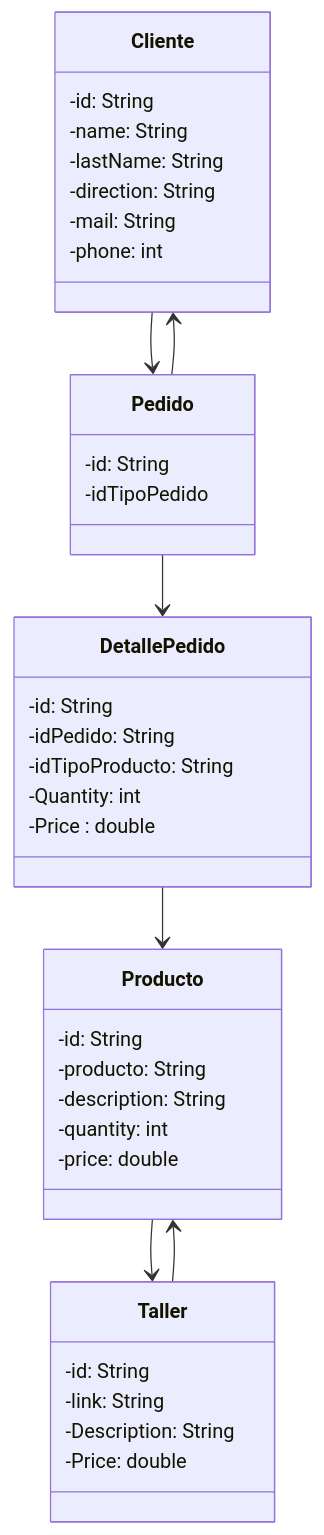
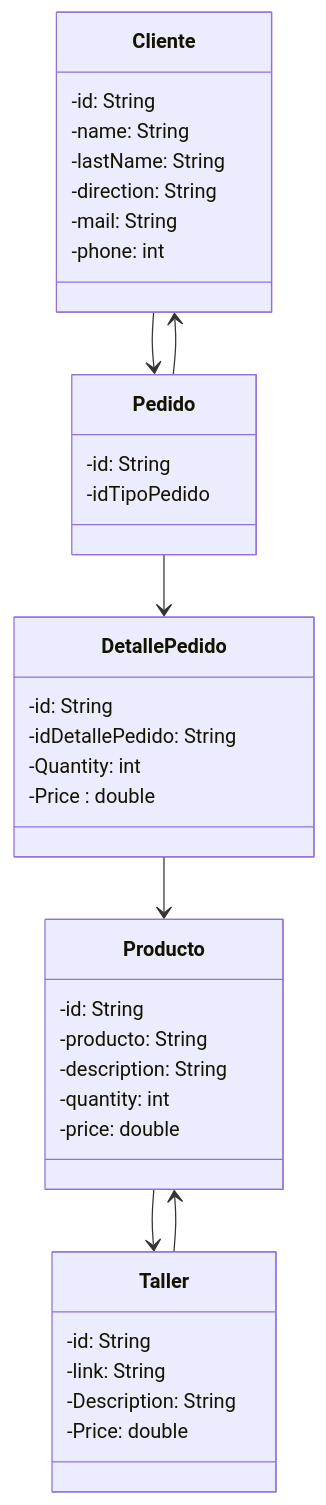
One commit to Mcarolinapc/MichWebStudies changed the diagram in JavaProject.qmd. Above: the diagram before and after it, drawn with Mermaid. The commit also changed 8 other files, not shown here.

````diff
--- a/JavaProject.qmd
+++ b/JavaProject.qmd
@@ -13,52 +13,51 @@
 ```{mermaid}
 classDiagram
 class Cliente {
     -id: String
     -name: String
     -lastName: String
     -direction: String
     -mail: String
     -phone: int
     
 }
 
 class Pedido {
 
 -id: String
 -idTipoPedido
 
 }
 
 class DetallePedido {
     -id: String
-    -idPedido: String
-    -idTipoProducto: String
+    -idDetallePedido: String
     -Quantity: int
     -Price : double
 
 }
 
 class Producto {
 -id: String
 -producto: String
 -description: String
 -quantity: int
 -price: double
 
 }
 class Taller{
     -id: String
     -link: String
     -Description: String
     -Price: double
 }
 
 Cliente --> Pedido
 Pedido --> Cliente
 Pedido --> DetallePedido
 DetallePedido --> Producto
 Producto --> Taller
 Taller --> Producto
 
 
 ```
````
